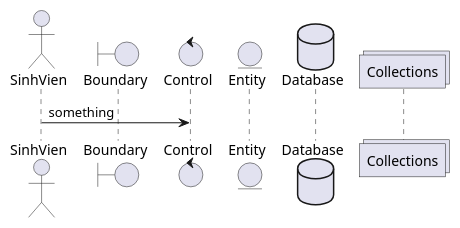
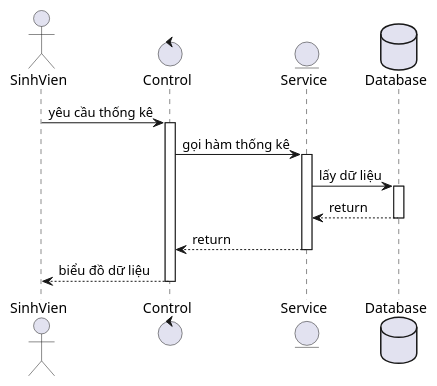
One commit to toroieno/HUST changed the diagram in DA_II/drawio/sequence/statistical.wsd. Above: the diagram before and after it, drawn with PlantUML. The commit also changed 22 other files, not shown here.

```diff
--- a/DA_II/drawio/sequence/statistical.wsd
+++ b/DA_II/drawio/sequence/statistical.wsd
@@ -1,12 +1,21 @@
 @startuml statistical
 
 actor       SinhVien   as A
-boundary    Boundary    as Foo2
 control     Control     as C
-entity      Entity      as Foo4
+entity      Service      as S
 database    Database    as D
-collections Collections as Foo6
 
-A -> C : something
+A -> C : yêu cầu thống kê
+activate C
+C -> S : gọi hàm thống kê
+activate S
+S -> D : lấy dữ liệu
+activate D
+D --> S : return
+deactivate D
+S --> C : return
+deactivate S
+C --> A : biểu đồ dữ liệu
+deactivate C
 
 @enduml
```
